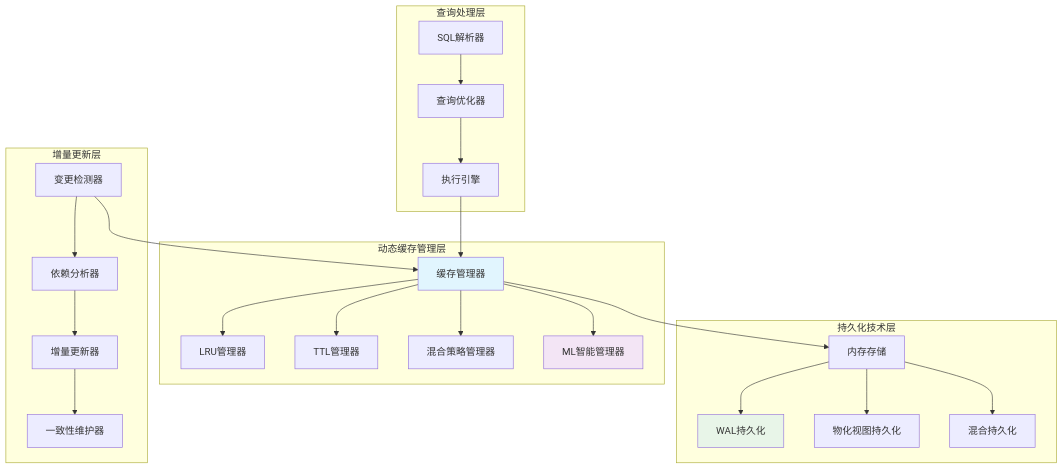
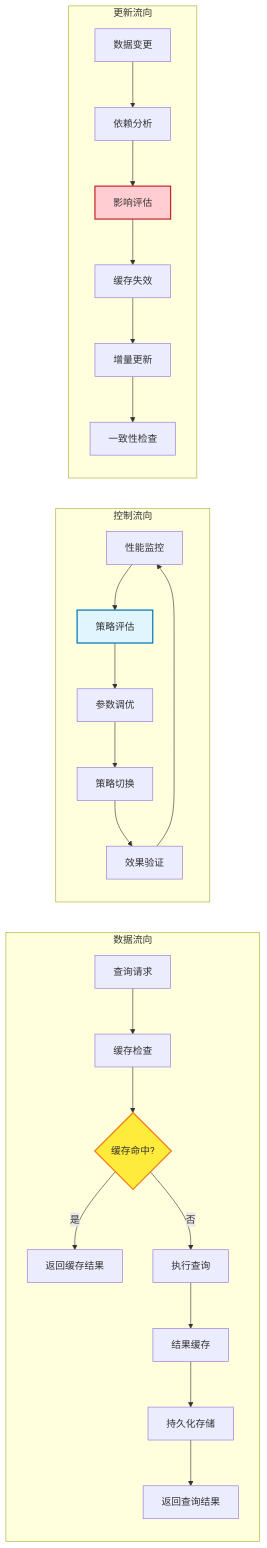
The second of 26 diagrams in 第四章-动态缓存更新技术与持久化技术.md (crazypenguincode/duckdb), drawn with Mermaid before and after one commit. The commit also changed other lines of this file, not shown here.

````diff
--- a/第四章-动态缓存更新技术与持久化技术.md
+++ b/第四章-动态缓存更新技术与持久化技术.md
@@ -38,34 +103,32 @@
 ```mermaid
-graph TB
-    subgraph "查询处理层"
-        A[SQL解析器] --> B[查询优化器]
-        B --> C[执行引擎]
+graph LR
+    subgraph "数据流向"
+        F1[查询请求] --> F2[缓存检查]
+        F2 --> F3{缓存命中?}
+        F3 -->|是| F4[返回缓存结果]
+        F3 -->|否| F5[执行查询]
+        F5 --> F6[结果缓存]
+        F6 --> F7[持久化存储]
+        F7 --> F8[返回查询结果]
     end
     
-    subgraph "动态缓存管理层"
-        D[缓存管理器] --> E[LRU管理器]
-        D --> F[TTL管理器]
-        D --> G[混合策略管理器]
-        D --> H[ML智能管理器]
+    subgraph "控制流向"
+        G1[性能监控] --> G2[策略评估]
+        G2 --> G3[参数调优]
+        G3 --> G4[策略切换]
+        G4 --> G5[效果验证]
+        G5 --> G1
     end
     
-    subgraph "持久化技术层"
-        I[内存存储] --> J[WAL持久化]
-        I --> K[物化视图持久化]
-        I --> L[混合持久化]
+    subgraph "更新流向"
+        H1[数据变更] --> H2[依赖分析]
+        H2 --> H3[影响评估]
+        H3 --> H4[缓存失效]
+        H4 --> H5[增量更新]
+        H5 --> H6[一致性检查]
     end
     
-    subgraph "增量更新层"
-        M[变更检测器] --> N[依赖分析器]
-        N --> O[增量更新器]
-        O --> P[一致性维护器]
-    end
-    
-    C --> D
-    D --> I
-    M --> D
-    
-    style D fill:#e1f5fe
-    style H fill:#f3e5f5
-    style J fill:#e8f5e8
+    style F3 fill:#ffeb3b,stroke:#f57f17,stroke-width:2px
+    style G2 fill:#e1f5fe,stroke:#0277bd,stroke-width:2px
+    style H3 fill:#ffcdd2,stroke:#c62828,stroke-width:2px
 ```
````
